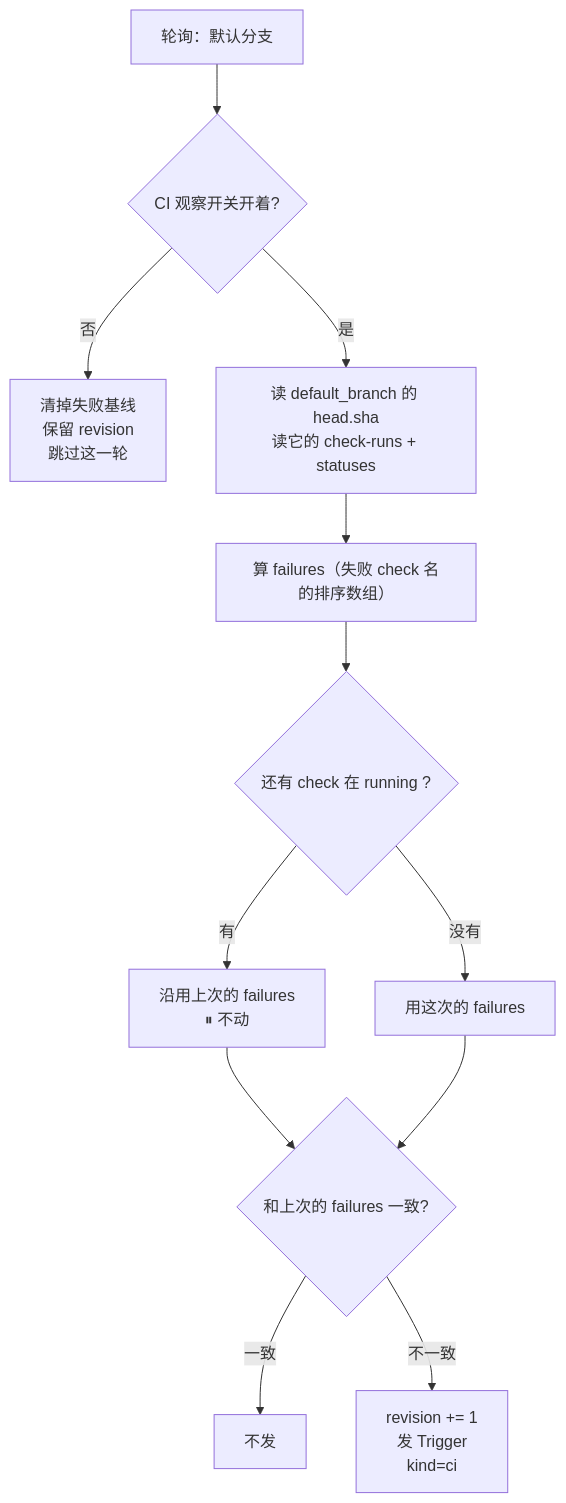
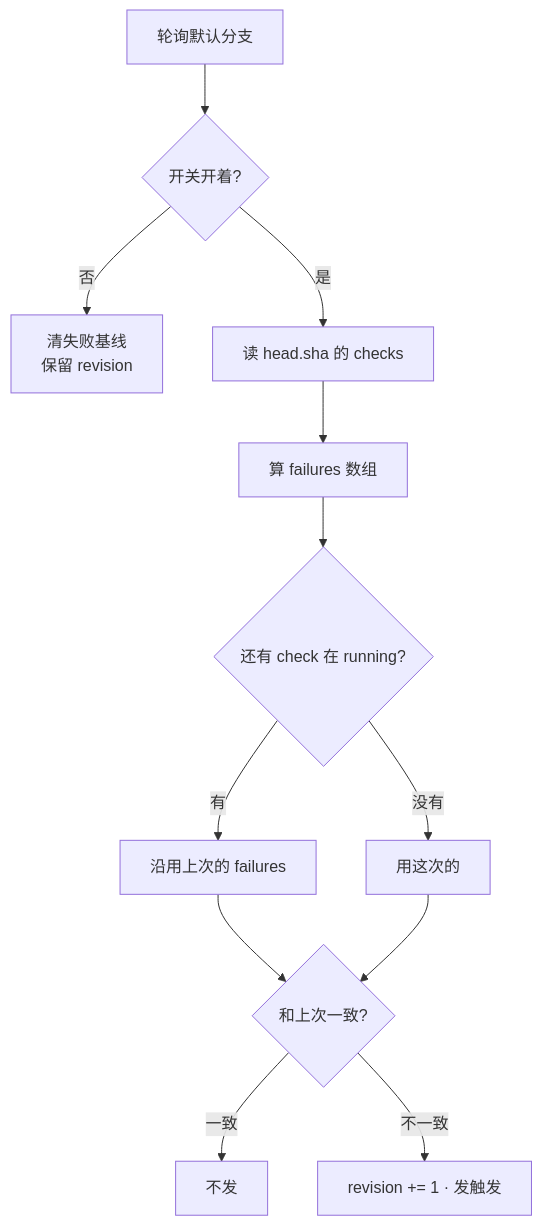
Diagram 19 of 21 in docs/flow.md (hairyf/dsh-nexus), drawn with Mermaid before and after one commit. The commit also changed other lines of this file and 9 other files, not shown here.

````diff
--- a/docs/flow.md
+++ b/docs/flow.md
@@ -552,14 +520,14 @@
 ```mermaid
 flowchart TD
-    A["轮询：默认分支"] --> B{"CI 观察开关开着?"}
-    B -->|否| DROP["清掉失败基线<br/>保留 revision<br/>跳过这一轮"]
-    B -->|是| C["读 default_branch 的 head.sha<br/>读它的 check-runs + statuses"]
-    C --> D["算 failures（失败 check 名的排序数组）"]
-    D --> E{"还有 check 在 running ?"}
-    E -->|"有"| F["沿用上次的 failures<br/>⏸ 不动"]
-    E -->|"没有"| G["用这次的 failures"]
-    F --> H{"和上次的 failures 一致?"}
+    A["轮询默认分支"] --> B{"开关开着?"}
+    B -->|否| DROP["清失败基线<br/>保留 revision"]
+    B -->|是| C["读 head.sha 的 checks"]
+    C --> D["算 failures 数组"]
+    D --> E{"还有 check 在 running?"}
+    E -->|有| F["沿用上次的 failures"]
+    E -->|没有| G["用这次的"]
+    F --> H{"和上次一致?"}
     G --> H
-    H -->|"一致"| DONE["不发"]
-    H -->|"不一致"| I["revision += 1<br/>发 Trigger<br/>kind=ci"]
+    H -->|一致| DONE["不发"]
+    H -->|不一致| I["revision += 1 · 发触发"]
 ```
````
